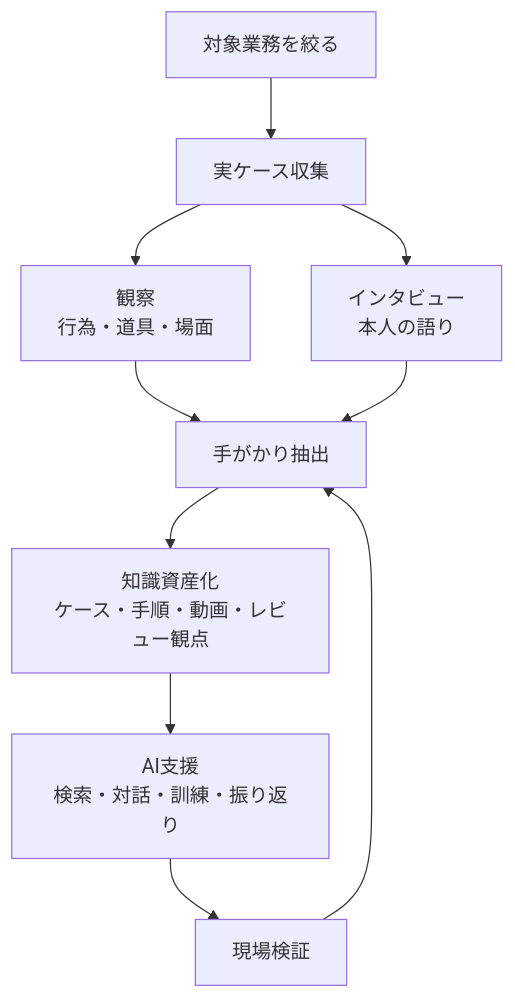
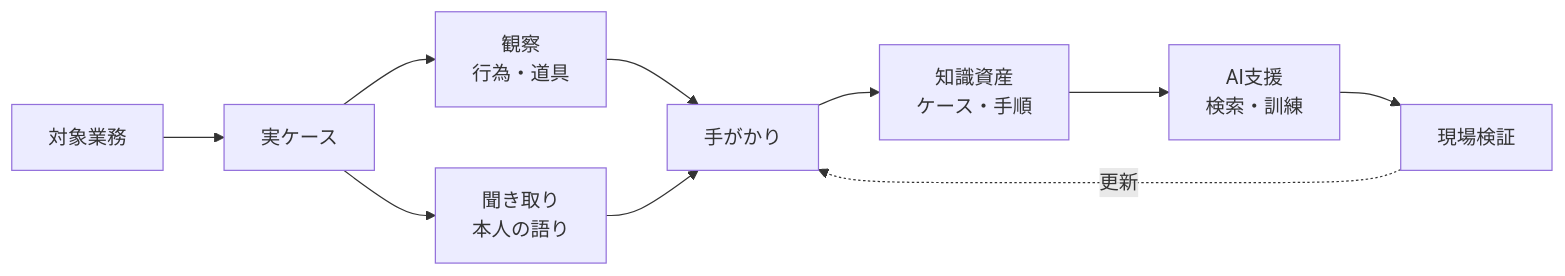
Before and after one commit to daylight55/research: the third of 3 diagrams in category/knowledge-systems/tacit-knowledge-business-theory/report.md, drawn with Mermaid. The commit also changed other lines of this file and 1 other file, not shown here.

Commit message:
暗黙知レポートのMermaid図を調整

````diff
--- a/category/knowledge-systems/tacit-knowledge-business-theory/report.md
+++ b/category/knowledge-systems/tacit-knowledge-business-theory/report.md
@@ -167,12 +167,12 @@
 ```mermaid
-flowchart TD
-  P["対象業務を絞る"] --> C["実ケース収集"]
-  C --> O["観察<br/>行為・道具・場面"]
-  C --> I["インタビュー<br/>本人の語り"]
-  O --> A["手がかり抽出"]
+flowchart LR
+  P["対象業務"] --> C["実ケース"]
+  C --> O["観察<br/>行為・道具"]
+  C --> I["聞き取り<br/>本人の語り"]
+  O --> A["手がかり"]
   I --> A
-  A --> K["知識資産化<br/>ケース・手順・動画・レビュー観点"]
-  K --> AI["AI支援<br/>検索・対話・訓練・振り返り"]
+  A --> K["知識資産<br/>ケース・手順"]
+  K --> AI["AI支援<br/>検索・訓練"]
   AI --> V["現場検証"]
-  V --> A
+  V -. 更新 .-> A
 ```
````
